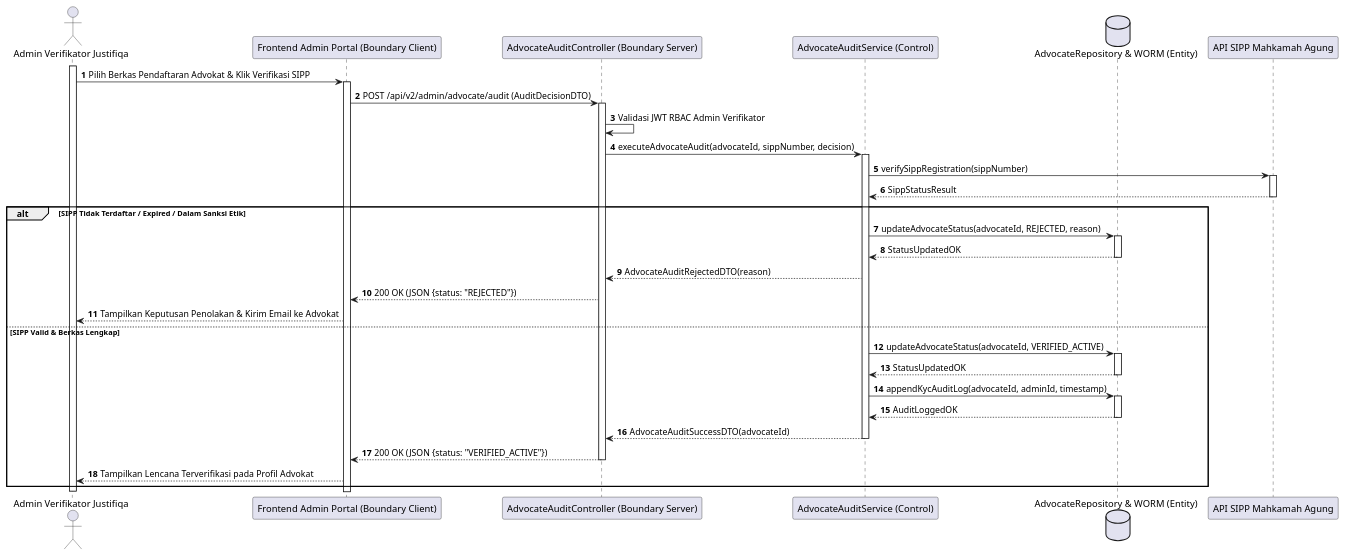
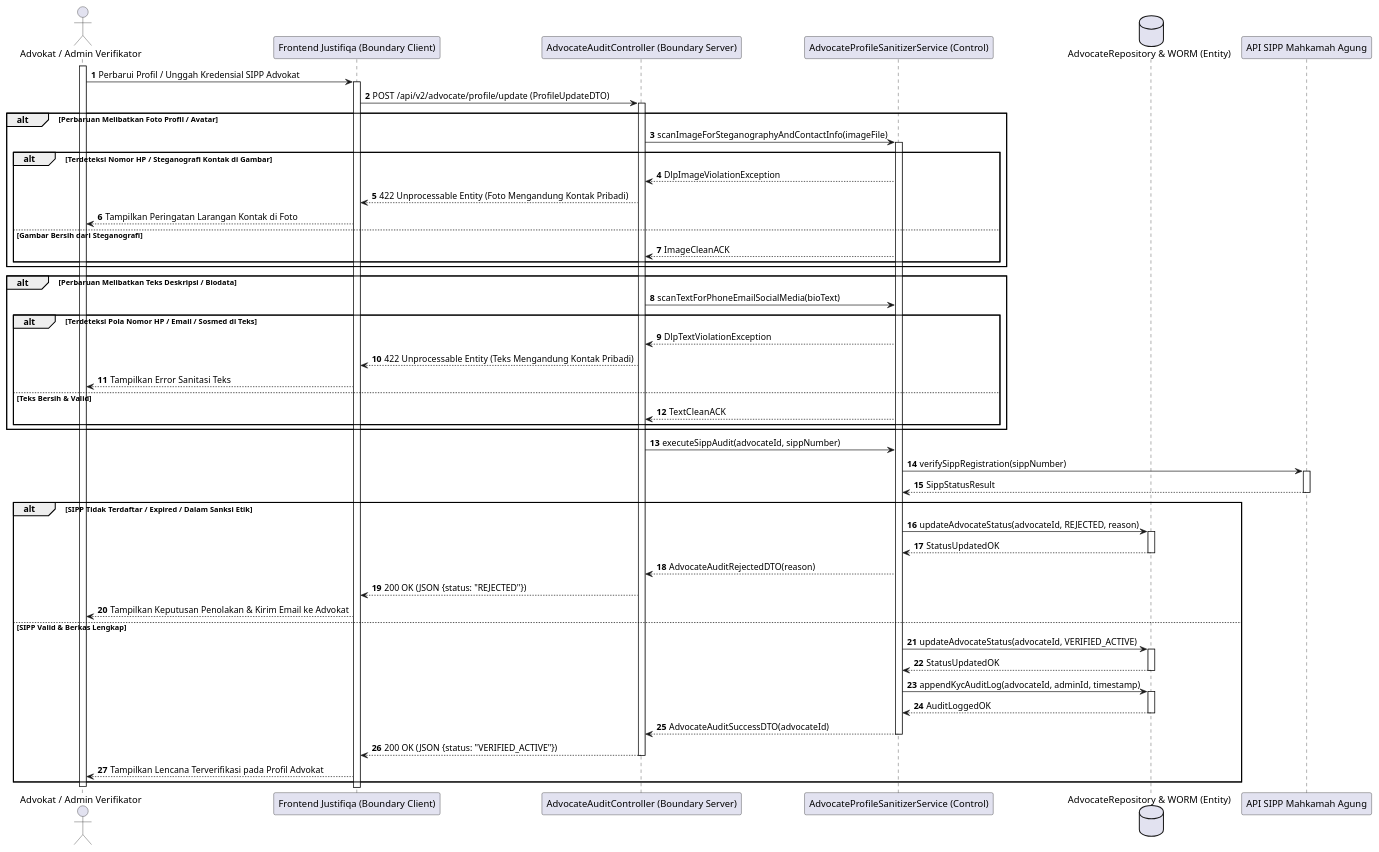
The ninth of 28 diagrams in MarkDown/plantuml_sequence_diagrams.md (tupperwureism/SuperApp-Gagal), drawn with PlantUML before and after one commit. The commit also changed other lines of this file and 1 other file, not shown here.

Commit message:
docs: Deep 1-to-1 logical synchronization across all 28 Sequence Diagrams with AD branches

````diff
--- a/MarkDown/plantuml_sequence_diagrams.md
+++ b/MarkDown/plantuml_sequence_diagrams.md
@@ -540,36 +572,58 @@
 ```plantuml
 @startuml
 autonumber
-actor "Admin Verifikator Justifiqa" as User
-participant "Frontend Admin Portal (Boundary Client)" as B_FE
+actor "Advokat / Admin Verifikator" as User
+participant "Frontend Justifiqa (Boundary Client)" as B_FE
 participant "AdvocateAuditController (Boundary Server)" as B_BE
-participant "AdvocateAuditService (Control)" as C_Svc
+participant "AdvocateProfileSanitizerService (Control)" as C_Svc
 database "AdvocateRepository & WORM (Entity)" as E_DB
 participant "API SIPP Mahkamah Agung" as SIPP
 
 activate User
-User -> B_FE ++ : Pilih Berkas Pendaftaran Advokat & Klik Verifikasi SIPP
-B_FE -> B_BE ++ : POST /api/v2/admin/advocate/audit (AuditDecisionDTO)
-B_BE -> B_BE : Validasi JWT RBAC Admin Verifikator
-B_BE -> C_Svc ++ : executeAdvocateAudit(advocateId, sippNumber, decision)
+User -> B_FE ++ : Perbarui Profil / Unggah Kredensial SIPP Advokat
+B_FE -> B_BE ++ : POST /api/v2/advocate/profile/update (ProfileUpdateDTO)
+
+alt Perbaruan Melibatkan Foto Profil / Avatar
+    B_BE -> C_Svc ++ : scanImageForSteganographyAndContactInfo(imageFile)
+    alt Terdeteksi Nomor HP / Steganografi Kontak di Gambar
+        C_Svc --> B_BE : DlpImageViolationException
+        B_BE --> B_FE : 422 Unprocessable Entity (Foto Mengandung Kontak Pribadi)
+        B_FE --> User : Tampilkan Peringatan Larangan Kontak di Foto
+    else Gambar Bersih dari Steganografi
+        C_Svc --> B_BE : ImageCleanACK
+    end
+end
+
+alt Perbaruan Melibatkan Teks Deskripsi / Biodata
+    B_BE -> C_Svc : scanTextForPhoneEmailSocialMedia(bioText)
+    alt Terdeteksi Pola Nomor HP / Email / Sosmed di Teks
+        C_Svc --> B_BE : DlpTextViolationException
+        B_BE --> B_FE : 422 Unprocessable Entity (Teks Mengandung Kontak Pribadi)
+        B_FE --> User : Tampilkan Error Sanitasi Teks
+    else Teks Bersih & Valid
+        C_Svc --> B_BE : TextCleanACK
+    end
+end
+
+B_BE -> C_Svc : executeSippAudit(advocateId, sippNumber)
 C_Svc -> SIPP ++ : verifySippRegistration(sippNumber)
 SIPP --> C_Svc -- : SippStatusResult
 
 alt SIPP Tidak Terdaftar / Expired / Dalam Sanksi Etik
     C_Svc -> E_DB ++ : updateAdvocateStatus(advocateId, REJECTED, reason)
     E_DB --> C_Svc -- : StatusUpdatedOK
     C_Svc --> B_BE : AdvocateAuditRejectedDTO(reason)
     B_BE --> B_FE : 200 OK (JSON {status: "REJECTED"})
     B_FE --> User : Tampilkan Keputusan Penolakan & Kirim Email ke Advokat
 else SIPP Valid & Berkas Lengkap
     C_Svc -> E_DB ++ : updateAdvocateStatus(advocateId, VERIFIED_ACTIVE)
     E_DB --> C_Svc -- : StatusUpdatedOK
     C_Svc -> E_DB ++ : appendKycAuditLog(advocateId, adminId, timestamp)
     E_DB --> C_Svc -- : AuditLoggedOK
     C_Svc --> B_BE -- : AdvocateAuditSuccessDTO(advocateId)
     B_BE --> B_FE -- : 200 OK (JSON {status: "VERIFIED_ACTIVE"})
     B_FE --> User : Tampilkan Lencana Terverifikasi pada Profil Advokat
 end
 deactivate User
 @enduml
 ```
````
